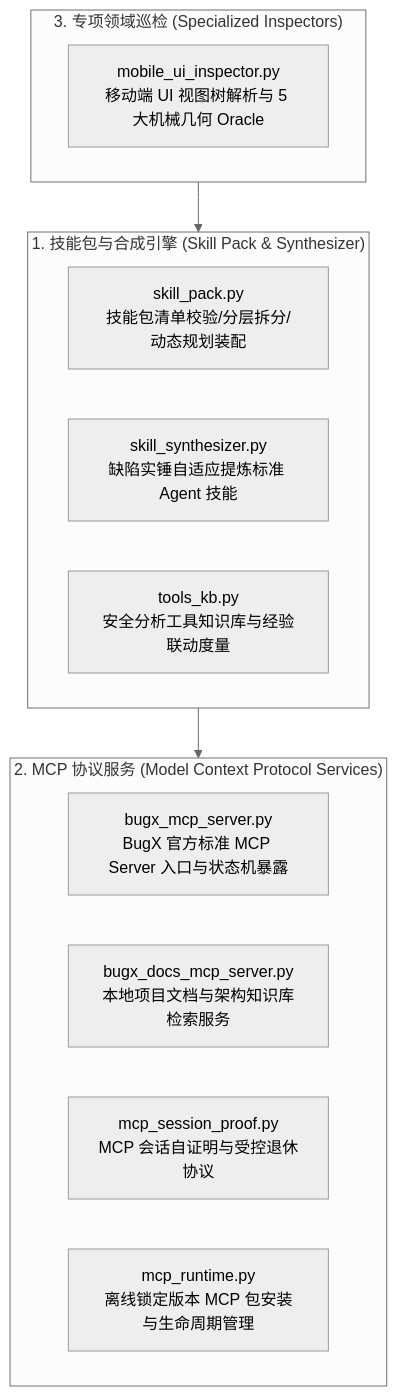
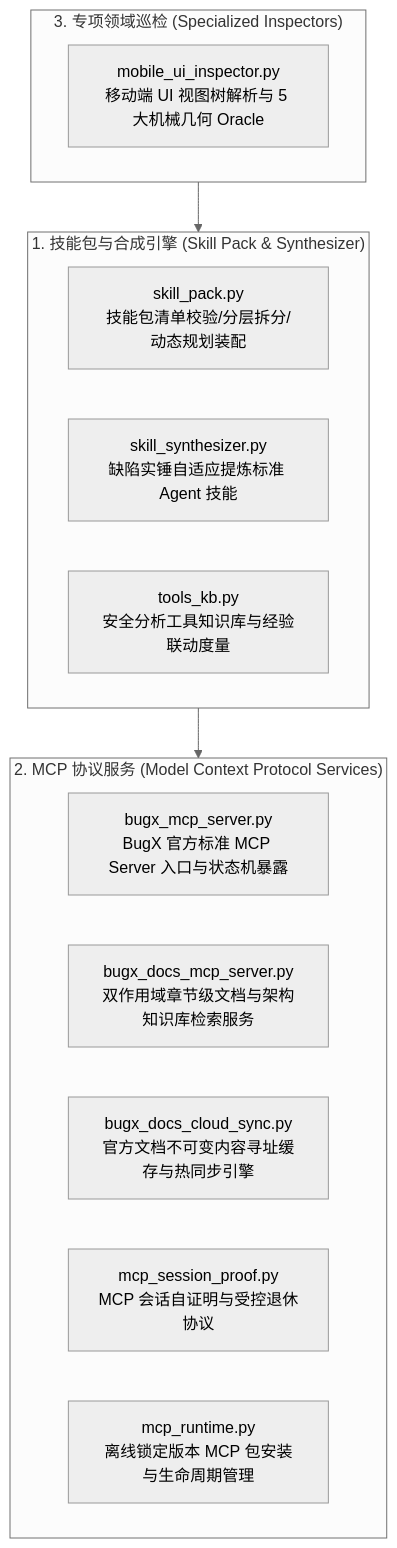
The diagram in core/skills/README.md (Bencibr/bugx), drawn with Mermaid (neutral theme) before and after one commit. The commit also changed other lines of this file and 148 other files, not shown here.

````diff
--- a/core/skills/README.md
+++ b/core/skills/README.md
@@ -9,22 +9,23 @@
 ```mermaid
 flowchart TD
     subgraph SkillPackEngine["1. 技能包与合成引擎 (Skill Pack & Synthesizer)"]
         SP["skill_pack.py<br/>技能包清单校验/分层拆分/动态规划装配"]
         SS["skill_synthesizer.py<br/>缺陷实锤自适应提炼标准 Agent 技能"]
         TK["tools_kb.py<br/>安全分析工具知识库与经验联动度量"]
     end
 
     subgraph MCPServer["2. MCP 协议服务 (Model Context Protocol Services)"]
         BMS["bugx_mcp_server.py<br/>BugX 官方标准 MCP Server 入口与状态机暴露"]
-        BDMS["bugx_docs_mcp_server.py<br/>本地项目文档与架构知识库检索服务"]
+        BDMS["bugx_docs_mcp_server.py<br/>双作用域章节级文档与架构知识库检索服务"]
+        BDCS["bugx_docs_cloud_sync.py<br/>官方文档不可变内容寻址缓存与热同步引擎"]
         MSP["mcp_session_proof.py<br/>MCP 会话自证明与受控退休协议"]
         MR["mcp_runtime.py<br/>离线锁定版本 MCP 包安装与生命周期管理"]
     end
 
     subgraph MobileInspector["3. 专项领域巡检 (Specialized Inspectors)"]
         MUI["mobile_ui_inspector.py<br/>移动端 UI 视图树解析与 5 大机械几何 Oracle"]
     end
 
     SkillPackEngine --> MCPServer
     MobileInspector --> SkillPackEngine
 ```
````
